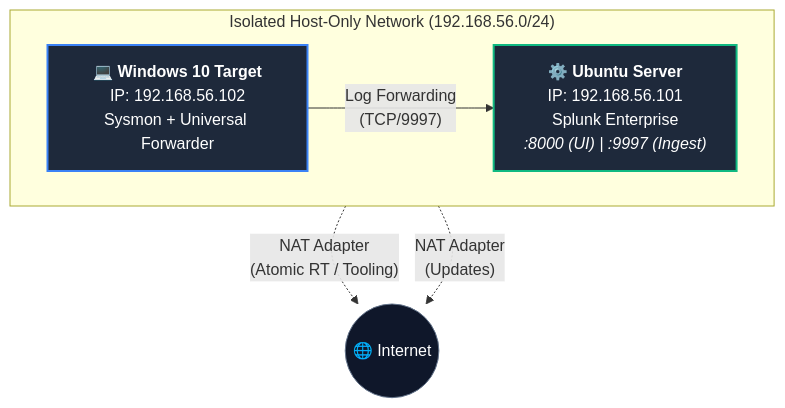
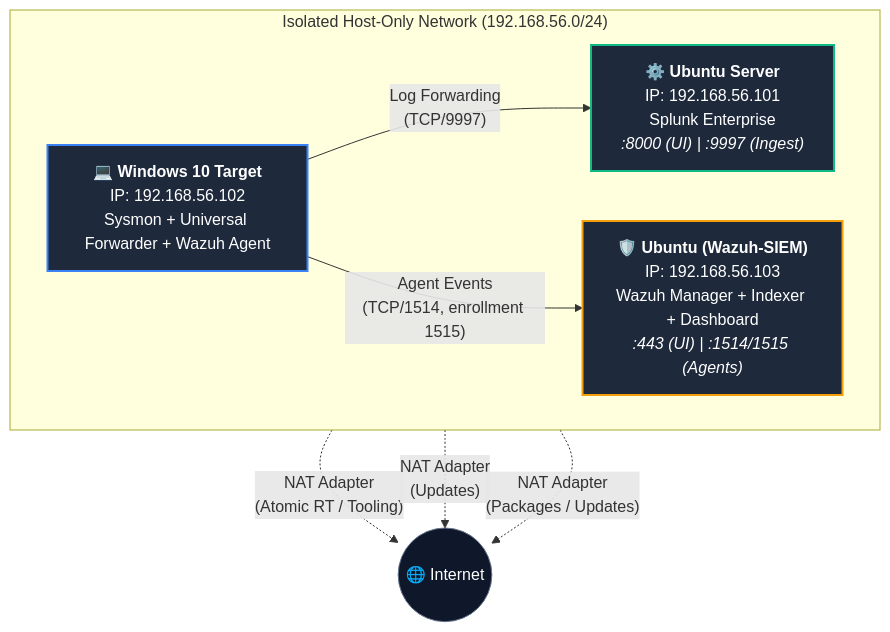
The first of 3 diagrams in README.md (PoeticLinee/soc-detection-lab), drawn with Mermaid before and after one commit. The commit also changed other lines of this file and 15 other files, not shown here.

````diff
--- a/README.md
+++ b/README.md
@@ -26,18 +27,22 @@
 ```mermaid
 graph TD
     subgraph Lab ["Isolated Host-Only Network (192.168.56.0/24)"]
         direction LR
-        WIN["💻 <b>Windows 10 Target</b><br/>IP: 192.168.56.102<br/>Sysmon + Universal Forwarder"]
+        WIN["💻 <b>Windows 10 Target</b><br/>IP: 192.168.56.102<br/>Sysmon + Universal Forwarder + Wazuh Agent"]
         SPLUNK["⚙️ <b>Ubuntu Server</b><br/>IP: 192.168.56.101<br/>Splunk Enterprise<br/><i>:8000 (UI) | :9997 (Ingest)</i>"]
+        WAZUH["🛡️ <b>Ubuntu (Wazuh-SIEM)</b><br/>IP: 192.168.56.103<br/>Wazuh Manager + Indexer + Dashboard<br/><i>:443 (UI) | :1514/1515 (Agents)</i>"]
         
         WIN -- "Log Forwarding<br/>(TCP/9997)" --> SPLUNK
+        WIN -- "Agent Events<br/>(TCP/1514, enrollment 1515)" --> WAZUH
     end
-
+ 
     INET(("🌐 Internet"))
     WIN -. "NAT Adapter<br/>(Atomic RT / Tooling)" .-> INET
     SPLUNK -. "NAT Adapter<br/>(Updates)" .-> INET
-
+    WAZUH -. "NAT Adapter<br/>(Packages / Updates)" .-> INET
+ 
     style WIN fill:#1e293b,stroke:#3b82f6,stroke-width:2px,color:#fff
     style SPLUNK fill:#1e293b,stroke:#10b981,stroke-width:2px,color:#fff
+    style WAZUH fill:#1e293b,stroke:#f59e0b,stroke-width:2px,color:#fff
     style INET fill:#0f172a,stroke:#64748b,stroke-width:1px,color:#fff
 ```
````
